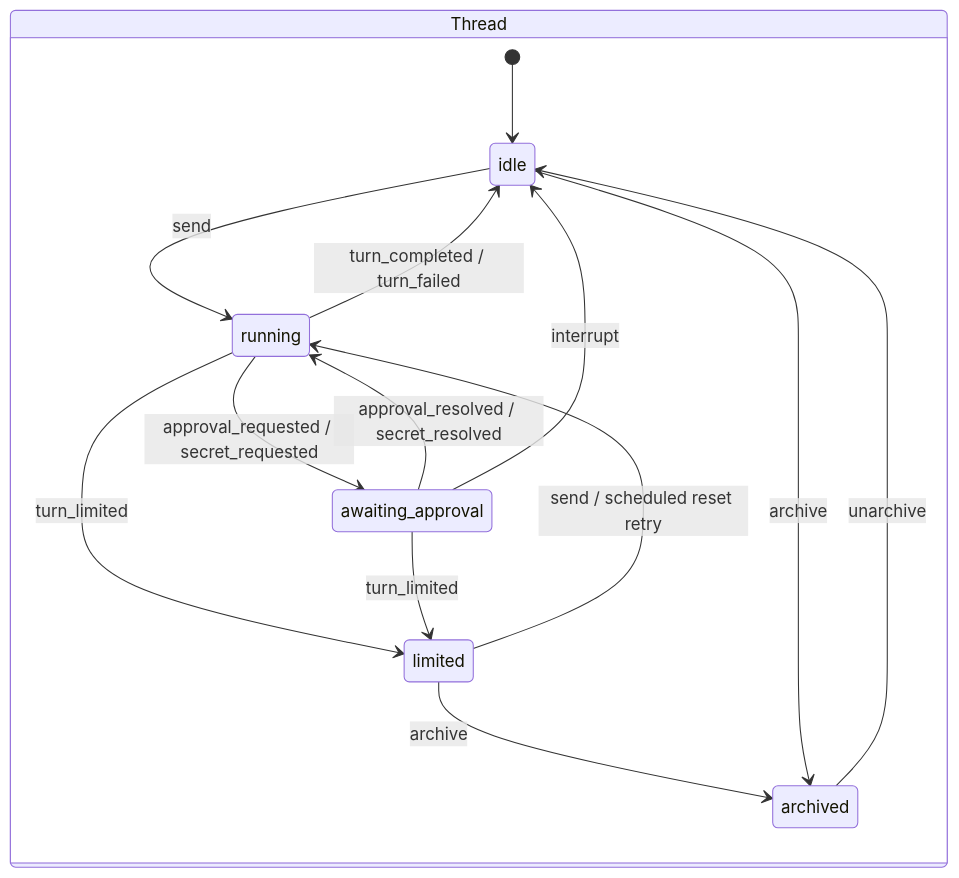
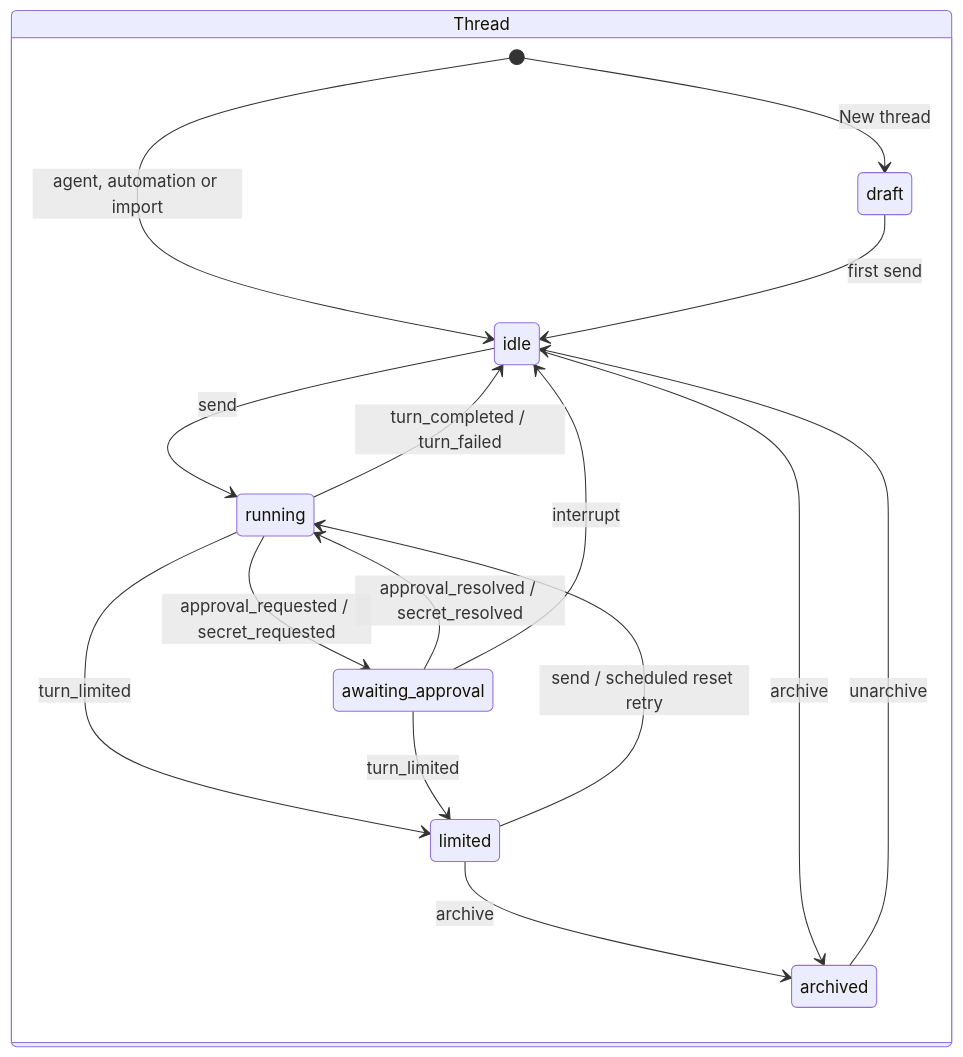
Before and after one commit to hinadev-ai/hinacode: diagram 13 of 17 in docs/arch.md, drawn with Mermaid. The commit also changed other lines of this file and 1 other file, not shown here.

Commit message:
docs(threads): describe draft threads

````diff
--- a/docs/arch.md
+++ b/docs/arch.md
@@ -481,18 +481,20 @@
 ```mermaid
 stateDiagram-v2
   direction LR
   state "Thread" as T {
-    [*] --> idle
+    [*] --> draft: New thread
+    [*] --> idle: agent, automation or import
+    draft --> idle: first send
     idle --> running: send
     running --> awaiting_approval: approval_requested / secret_requested
     awaiting_approval --> running: approval_resolved / secret_resolved
     running --> idle: turn_completed / turn_failed
     running --> limited: turn_limited
     awaiting_approval --> limited: turn_limited
     limited --> running: send / scheduled reset retry
     limited --> archived: archive
     awaiting_approval --> idle: interrupt
     idle --> archived: archive
     archived --> idle: unarchive
   }
 ```
````
